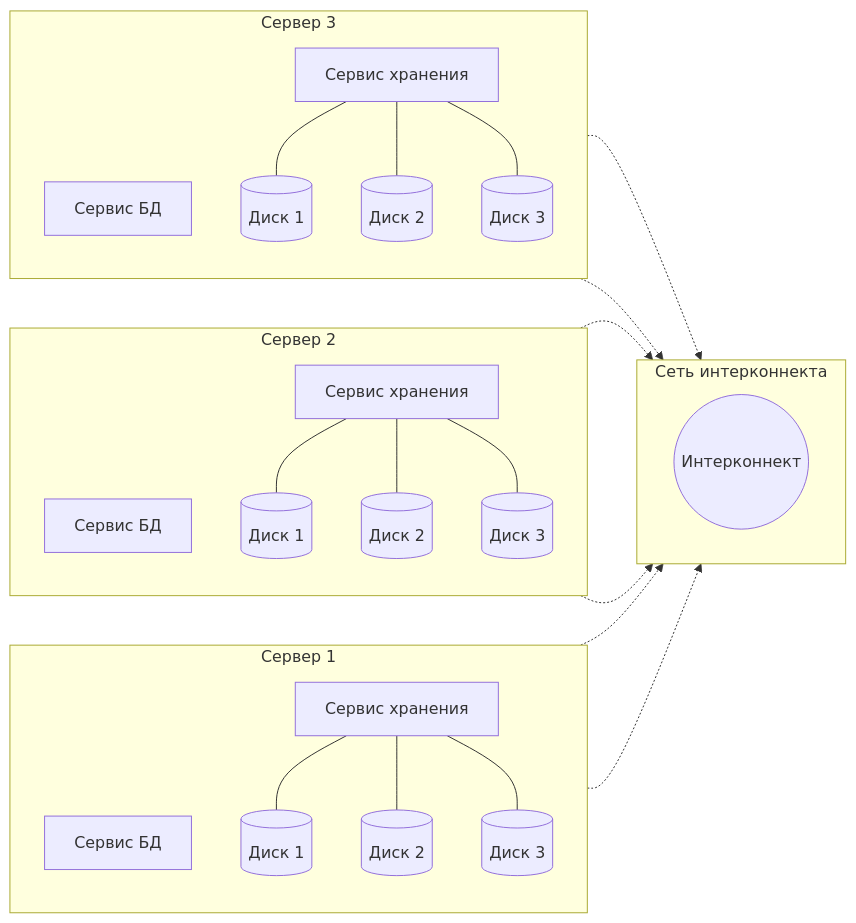
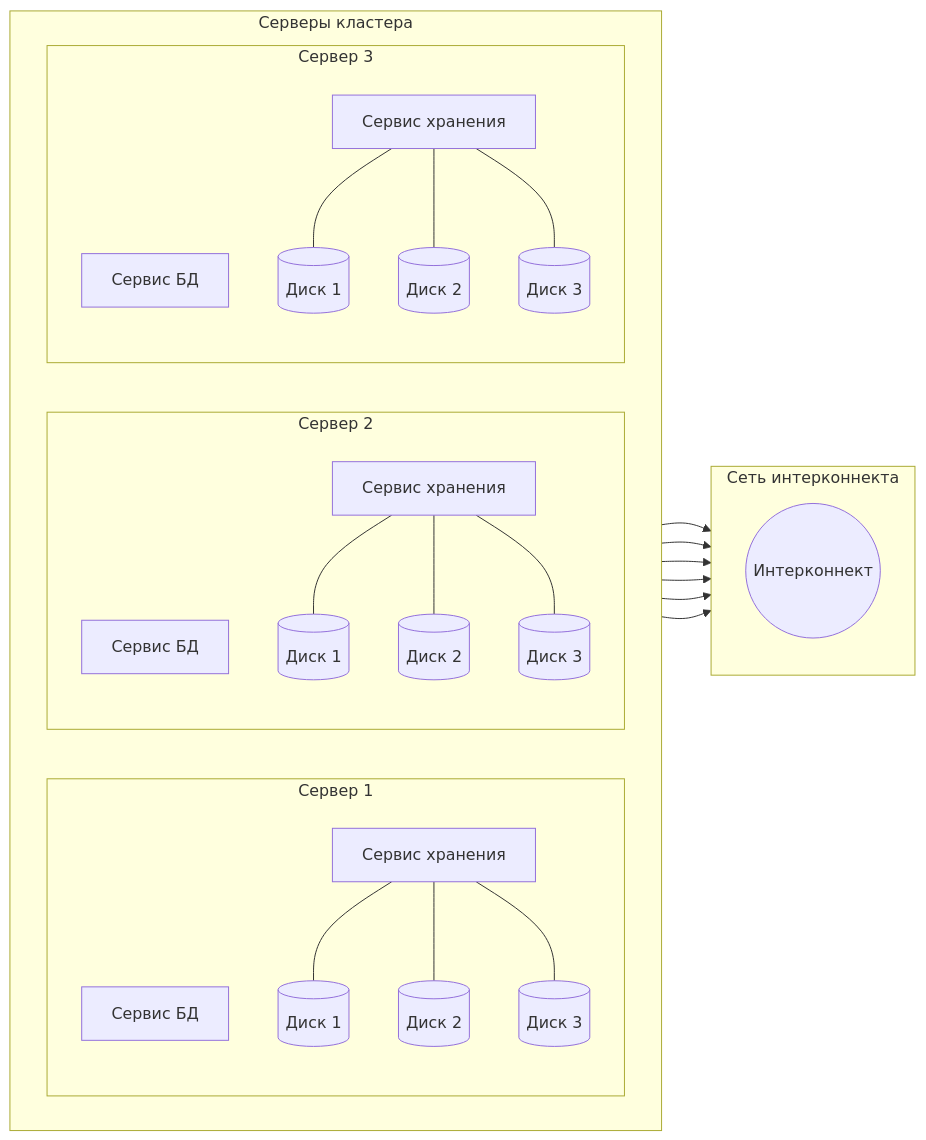
One commit to zinal/ydb-snippets changed the first of 4 diagrams in diagrams/db-diags.md. Above: the diagram before and after it, drawn with Mermaid.

````diff
--- a/diagrams/db-diags.md
+++ b/diagrams/db-diags.md
@@ -1,55 +1,60 @@
 ```mermaid
 flowchart LR
-  %% Сервер 1
-  subgraph S1[Сервер 1]
-    direction TB
-    S1DB[Сервис БД]
-    S1ST[Сервис хранения]
-    S1D1[(Диск 1)]
-    S1D2[(Диск 2)]
-    S1D3[(Диск 3)]
-    S1ST --- S1D1
-    S1ST --- S1D2
-    S1ST --- S1D3
+  %% Серверы слева
+  subgraph CL[Серверы кластера]
+    direction LR
+
+    %% Сервер 1
+    subgraph S1[Сервер 1]
+      direction TB
+      S1DB[Сервис БД]
+      S1ST[Сервис хранения]
+      S1D1[(Диск 1)]
+      S1D2[(Диск 2)]
+      S1D3[(Диск 3)]
+      S1ST --- S1D1
+      S1ST --- S1D2
+      S1ST --- S1D3
+    end
+
+    %% Сервер 2
+    subgraph S2[Сервер 2]
+      direction TB
+      S2DB[Сервис БД]
+      S2ST[Сервис хранения]
+      S2D1[(Диск 1)]
+      S2D2[(Диск 2)]
+      S2D3[(Диск 3)]
+      S2ST --- S2D1
+      S2ST --- S2D2
+      S2ST --- S2D3
+    end
+
+    %% Сервер 3
+    subgraph S3[Сервер 3]
+      direction TB
+      S3DB[Сервис БД]
+      S3ST[Сервис хранения]
+      S3D1[(Диск 1)]
+      S3D2[(Диск 2)]
+      S3D3[(Диск 3)]
+      S3ST --- S3D1
+      S3ST --- S3D2
+      S3ST --- S3D3
+    end
   end
 
-  %% Сервер 2
-  subgraph S2[Сервер 2]
+  %% Сеть интерконнекта справа
+  subgraph NET[Сеть интерконнекта]
     direction TB
-    S2DB[Сервис БД]
-    S2ST[Сервис хранения]
-    S2D1[(Диск 1)]
-    S2D2[(Диск 2)]
-    S2D3[(Диск 3)]
-    S2ST --- S2D1
-    S2ST --- S2D2
-    S2ST --- S2D3
-  end
-
-  %% Сервер 3
-  subgraph S3[Сервер 3]
-    direction TB
-    S3DB[Сервис БД]
-    S3ST[Сервис хранения]
-    S3D1[(Диск 1)]
-    S3D2[(Диск 2)]
-    S3D3[(Диск 3)]
-    S3ST --- S3D1
-    S3ST --- S3D2
-    S3ST --- S3D3
-  end
-
-  %% Сеть интерконнекта
-  subgraph NET[Сеть интерконнекта]
-    direction LR
     IC((Интерконнект))
   end
 
-  %% Подключение всех сервисов к интерконнекту
-  S1DB -.-> IC
-  S1ST -.-> IC
-  S2DB -.-> IC
-  S2ST -.-> IC
-  S3DB -.-> IC
-  S3ST -.-> IC
+  %% Соединения слева направо, чтобы зафиксировать NET справа
+  S1DB --> IC
+  S1ST --> IC
+  S2DB --> IC
+  S2ST --> IC
+  S3DB --> IC
+  S3ST --> IC
 ```
````
